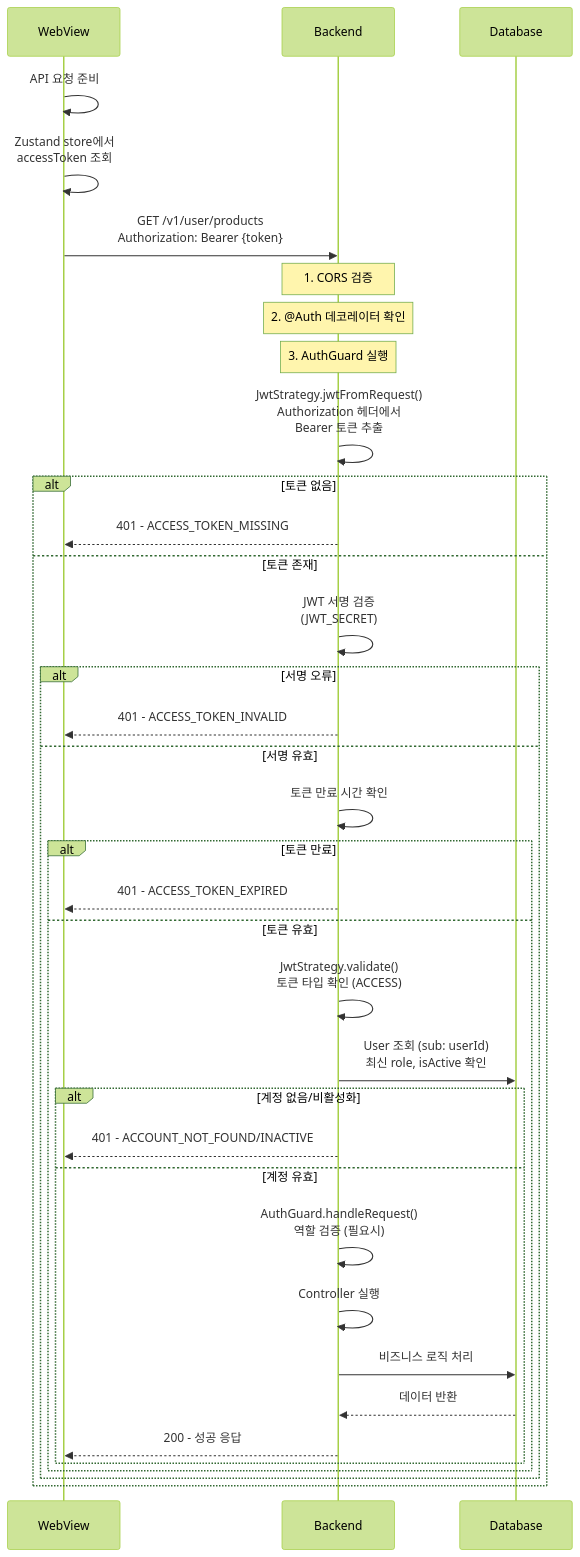
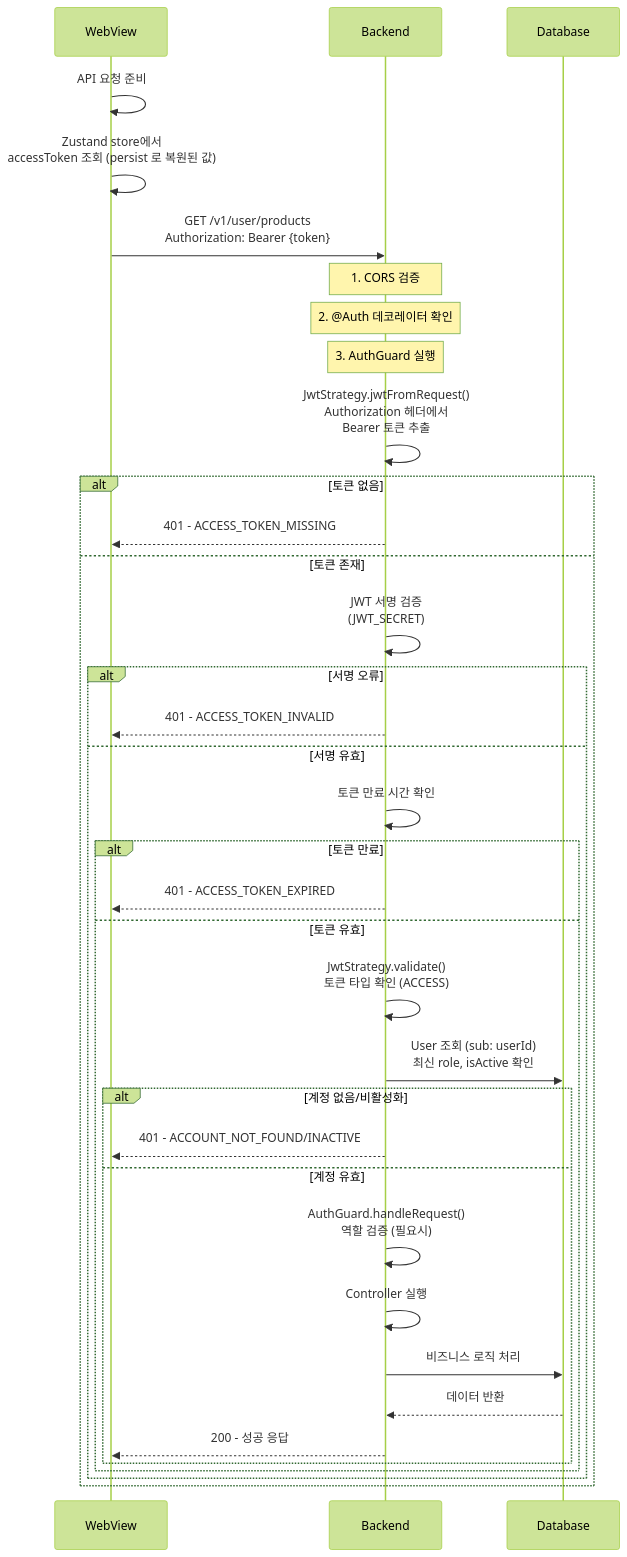
One commit to picake-team/picake-engineering-backend changed the second of 5 diagrams in docs/common/feature/사용자 - 웹뷰 인증.md. Above: the diagram before and after it, drawn with Mermaid (forest theme). The commit also changed other lines of this file, not shown here.

````diff
--- a/docs/common/feature/사용자 - 웹뷰 인증.md
+++ b/docs/common/feature/사용자 - 웹뷰 인증.md
@@ -58,43 +58,43 @@
 ```mermaid
 sequenceDiagram
     participant W as WebView
     participant B as Backend
     participant DB as Database
 
     W->>W: API 요청 준비
-    W->>W: Zustand store에서<br/>accessToken 조회
+    W->>W: Zustand store에서<br/>accessToken 조회 (persist 로 복원된 값)
     W->>B: GET /v1/user/products<br/>Authorization: Bearer {token}
 
     Note over B: 1. CORS 검증
     Note over B: 2. @Auth 데코레이터 확인
     Note over B: 3. AuthGuard 실행
 
     B->>B: JwtStrategy.jwtFromRequest()<br/>Authorization 헤더에서<br/>Bearer 토큰 추출
 
     alt 토큰 없음
         B-->>W: 401 - ACCESS_TOKEN_MISSING
     else 토큰 존재
         B->>B: JWT 서명 검증<br/>(JWT_SECRET)
         alt 서명 오류
             B-->>W: 401 - ACCESS_TOKEN_INVALID
         else 서명 유효
             B->>B: 토큰 만료 시간 확인
             alt 토큰 만료
                 B-->>W: 401 - ACCESS_TOKEN_EXPIRED
             else 토큰 유효
                 B->>B: JwtStrategy.validate()<br/>토큰 타입 확인 (ACCESS)
                 B->>DB: User 조회 (sub: userId)<br/>최신 role, isActive 확인
 
                 alt 계정 없음/비활성화
                     B-->>W: 401 - ACCOUNT_NOT_FOUND/INACTIVE
                 else 계정 유효
                     B->>B: AuthGuard.handleRequest()<br/>역할 검증 (필요시)
                     B->>B: Controller 실행
                     B->>DB: 비즈니스 로직 처리
                     DB-->>B: 데이터 반환
                     B-->>W: 200 - 성공 응답
                 end
             end
         end
     end
 ```
````
